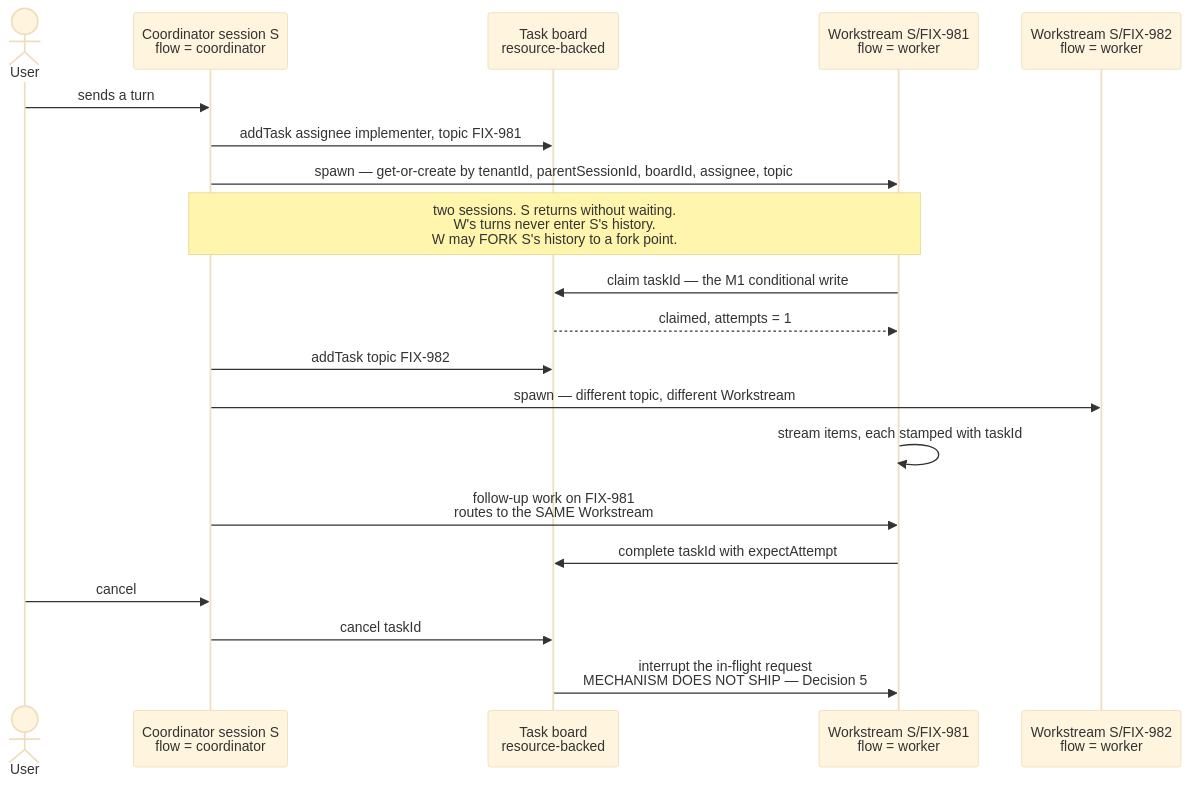
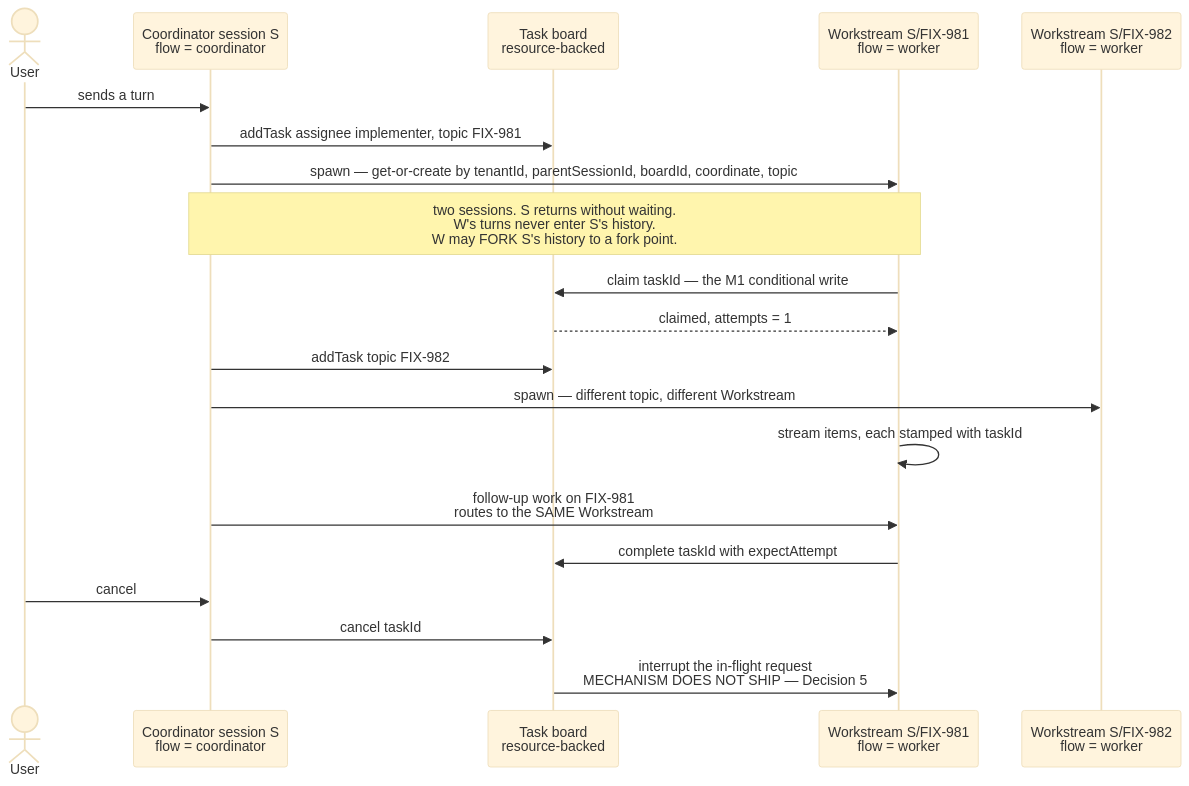
One commit to fixpoint-labs/flow-state-dev changed the first of 2 diagrams in docs/specs/_epics/durable-jobs.md. Above: the diagram before and after it, drawn with Mermaid (base theme). The commit also changed other lines of this file and 3 other files, not shown here.

````diff
--- a/docs/specs/_epics/durable-jobs.md
+++ b/docs/specs/_epics/durable-jobs.md
@@ -39,23 +39,23 @@
 ```mermaid
 sequenceDiagram
   actor U as User
   participant C as Coordinator session S<br/>flow = coordinator
   participant B as Task board<br/>resource-backed
   participant W as Workstream S/FIX-981<br/>flow = worker
   participant W2 as Workstream S/FIX-982<br/>flow = worker
 
   U->>C: sends a turn
   C->>B: addTask assignee implementer, topic FIX-981
-  C->>W: spawn — get-or-create by tenantId, parentSessionId, boardId, assignee, topic
+  C->>W: spawn — get-or-create by tenantId, parentSessionId, boardId, coordinate, topic
   Note over C,W: two sessions. S returns without waiting.<br/>W's turns never enter S's history.<br/>W may FORK S's history to a fork point.
   W->>B: claim taskId — the M1 conditional write
   B-->>W: claimed, attempts = 1
   C->>B: addTask topic FIX-982
   C->>W2: spawn — different topic, different Workstream
   W->>W: stream items, each stamped with taskId
   C->>W: follow-up work on FIX-981<br/>routes to the SAME Workstream
   W->>B: complete taskId with expectAttempt
   U->>C: cancel
   C->>B: cancel taskId
   B->>W: interrupt the in-flight request<br/>MECHANISM DOES NOT SHIP — Decision 5
 ```
````
